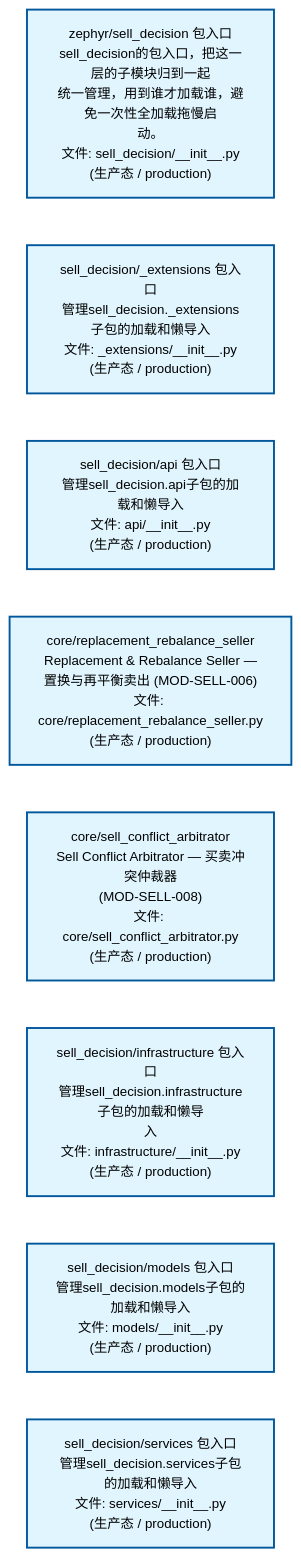
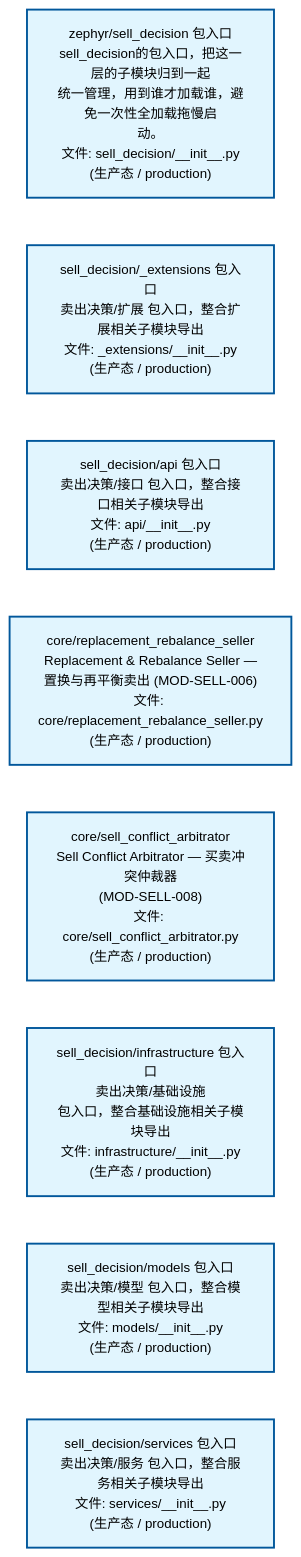
One commit to xuanFelixVan/ZephyrAlpha changed the second of 4 diagrams in docs/02_enterprise_architecture/02_domain_architecture_docs/67_d_sell_decision.md. Above: the diagram before and after it, drawn with Mermaid. The commit also changed other lines of this file and 50 other files, not shown here.

````diff
--- a/docs/02_enterprise_architecture/02_domain_architecture_docs/67_d_sell_decision.md
+++ b/docs/02_enterprise_architecture/02_domain_architecture_docs/67_d_sell_decision.md
@@ -134,24 +134,24 @@
 ```mermaid
 %%{init: {'theme': 'base', 'themeVariables': {'primaryColor': '#eaeaea', 'primaryTextColor': '#333333', 'primaryBorderColor': '#666666', 'lineColor': '#666666', 'secondaryColor': '#eaeaea', 'tertiaryColor': '#eaeaea', 'fontSize': '14px'}}}%%
 flowchart TD
     src_zephyr_sell_decision_init_py["zephyr/sell_decision 包入口<br/>sell_decision的包入口，把这一层的子模块归到一起<br/>统一管理，用到谁才加载谁，避免一次性全加载拖慢启<br/>动。<br/>文件: sell_decision/__init__.py<br/>(生产态 / production)"]
-    src_zephyr_sell_decision_extensions_init_py["sell_decision/_extensions 包入口<br/>管理sell_decision._extensions子包的加载和懒导入<br/>文件: _extensions/__init__.py<br/>(生产态 / production)"]
-    src_zephyr_sell_decision_api_init_py["sell_decision/api 包入口<br/>管理sell_decision.api子包的加载和懒导入<br/>文件: api/__init__.py<br/>(生产态 / production)"]
+    src_zephyr_sell_decision_extensions_init_py["sell_decision/_extensions 包入口<br/>卖出决策/扩展 包入口，整合扩展相关子模块导出<br/>文件: _extensions/__init__.py<br/>(生产态 / production)"]
+    src_zephyr_sell_decision_api_init_py["sell_decision/api 包入口<br/>卖出决策/接口 包入口，整合接口相关子模块导出<br/>文件: api/__init__.py<br/>(生产态 / production)"]
     src_zephyr_sell_decision_core_replacement_rebalance_seller_py["core/replacement_rebalance_seller<br/>Replacement & Rebalance Seller —<br/>置换与再平衡卖出 (MOD-SELL-006)<br/>文件: core/replacement_rebalance_seller.py<br/>(生产态 / production)"]
     src_zephyr_sell_decision_core_sell_conflict_arbitrator_py["core/sell_conflict_arbitrator<br/>Sell Conflict Arbitrator — 买卖冲突仲裁器<br/>(MOD-SELL-008)<br/>文件: core/sell_conflict_arbitrator.py<br/>(生产态 / production)"]
-    src_zephyr_sell_decision_infrastructure_init_py["sell_decision/infrastructure 包入口<br/>管理sell_decision.infrastructure子包的加载和懒导<br/>入<br/>文件: infrastructure/__init__.py<br/>(生产态 / production)"]
-    src_zephyr_sell_decision_models_init_py["sell_decision/models 包入口<br/>管理sell_decision.models子包的加载和懒导入<br/>文件: models/__init__.py<br/>(生产态 / production)"]
-    src_zephyr_sell_decision_services_init_py["sell_decision/services 包入口<br/>管理sell_decision.services子包的加载和懒导入<br/>文件: services/__init__.py<br/>(生产态 / production)"]
+    src_zephyr_sell_decision_infrastructure_init_py["sell_decision/infrastructure 包入口<br/>卖出决策/基础设施<br/>包入口，整合基础设施相关子模块导出<br/>文件: infrastructure/__init__.py<br/>(生产态 / production)"]
+    src_zephyr_sell_decision_models_init_py["sell_decision/models 包入口<br/>卖出决策/模型 包入口，整合模型相关子模块导出<br/>文件: models/__init__.py<br/>(生产态 / production)"]
+    src_zephyr_sell_decision_services_init_py["sell_decision/services 包入口<br/>卖出决策/服务 包入口，整合服务相关子模块导出<br/>文件: services/__init__.py<br/>(生产态 / production)"]
     src_zephyr_sell_decision_init_py ~~~ src_zephyr_sell_decision_extensions_init_py
     src_zephyr_sell_decision_extensions_init_py ~~~ src_zephyr_sell_decision_api_init_py
     src_zephyr_sell_decision_api_init_py ~~~ src_zephyr_sell_decision_core_replacement_rebalance_seller_py
     src_zephyr_sell_decision_core_replacement_rebalance_seller_py ~~~ src_zephyr_sell_decision_core_sell_conflict_arbitrator_py
     src_zephyr_sell_decision_core_sell_conflict_arbitrator_py ~~~ src_zephyr_sell_decision_infrastructure_init_py
     src_zephyr_sell_decision_infrastructure_init_py ~~~ src_zephyr_sell_decision_models_init_py
     src_zephyr_sell_decision_models_init_py ~~~ src_zephyr_sell_decision_services_init_py
     classDef production fill:#e1f5fe,stroke:#01579b,stroke-width:2px,color:#000
     classDef design fill:#fff3e0,stroke:#e65100,stroke-width:2px,color:#000,stroke-dasharray: 5 5
     classDef external_prod fill:#e8f4fd,stroke:#0277bd,stroke-width:1px,color:#000
     classDef external_design fill:#fff8e7,stroke:#ef6c00,stroke-width:1px,color:#000,stroke-dasharray: 5 5
     class src_zephyr_sell_decision_init_py,src_zephyr_sell_decision_extensions_init_py,src_zephyr_sell_decision_api_init_py,src_zephyr_sell_decision_core_replacement_rebalance_seller_py,src_zephyr_sell_decision_core_sell_conflict_arbitrator_py,src_zephyr_sell_decision_infrastructure_init_py,src_zephyr_sell_decision_models_init_py,src_zephyr_sell_decision_services_init_py production
 ```
````
